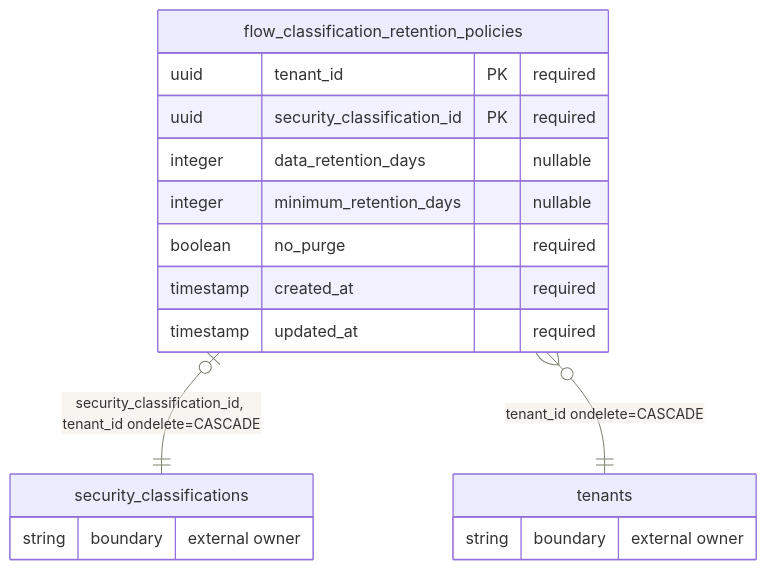
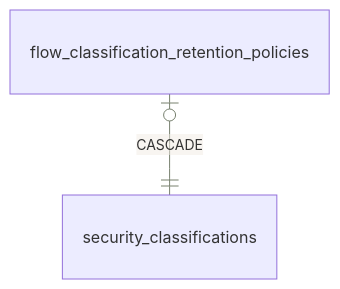
One commit to eneo-ai/eneo changed the sixth of 7 diagrams in frontend/apps/docs-site/src/content/docs/flows-for-developers/data-schema.mdx. Above: the diagram before and after it, drawn with Mermaid. The commit also changed other lines of this file and 7 other files, not shown here.

First line of the commit message:
Make the Flows developer docs readable

````diff
--- a/frontend/apps/docs-site/src/content/docs/flows-for-developers/data-schema.mdx
+++ b/frontend/apps/docs-site/src/content/docs/flows-for-developers/data-schema.mdx
@@ -701,21 +694,5 @@
 ```mermaid
 %%{init: {"themeVariables": {"background": "#f8f6f0", "primaryColor": "#e8ded1", "primaryTextColor": "#242620", "primaryBorderColor": "#6f7b5d", "secondaryColor": "#d7e0d2", "tertiaryColor": "#f1ece4", "lineColor": "#78816f", "edgeLabelBackground": "#f8f6f0", "clusterBkg": "#f4efe7", "clusterBorder": "#9a8a73", "fontFamily": "Inter, ui-sans-serif, system-ui, sans-serif"}}}%%
 erDiagram
-  flow_classification_retention_policies {
-    uuid tenant_id PK "required"
-    uuid security_classification_id PK "required"
-    integer data_retention_days "nullable"
-    integer minimum_retention_days "nullable"
-    boolean no_purge "required"
-    timestamp created_at "required"
-    timestamp updated_at "required"
-  }
-  security_classifications {
-    string boundary "external owner"
-  }
-  tenants {
-    string boundary "external owner"
-  }
-  flow_classification_retention_policies |o--|| security_classifications : "security_classification_id, tenant_id ondelete=CASCADE"
-  flow_classification_retention_policies }o--|| tenants : "tenant_id ondelete=CASCADE"
+  flow_classification_retention_policies |o--|| security_classifications : "CASCADE"
 ```
````
